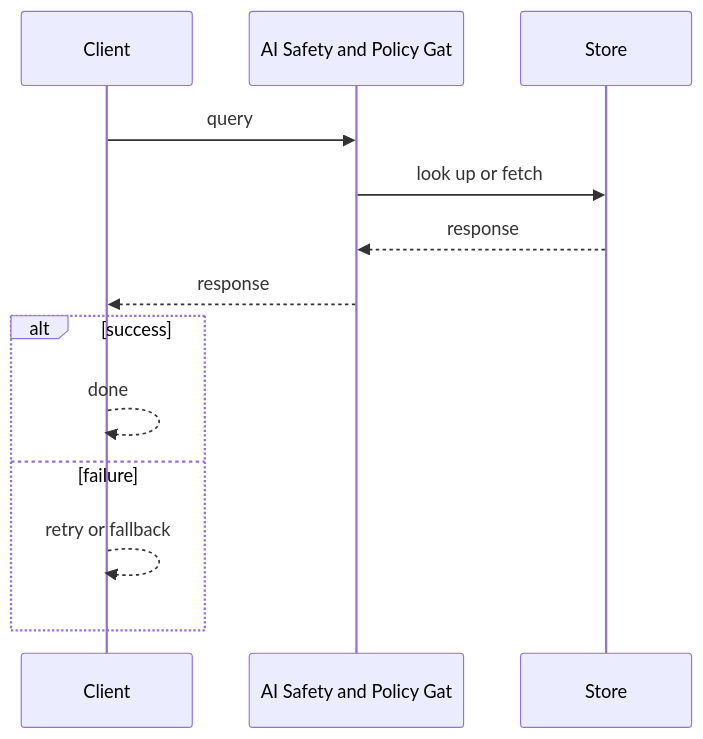
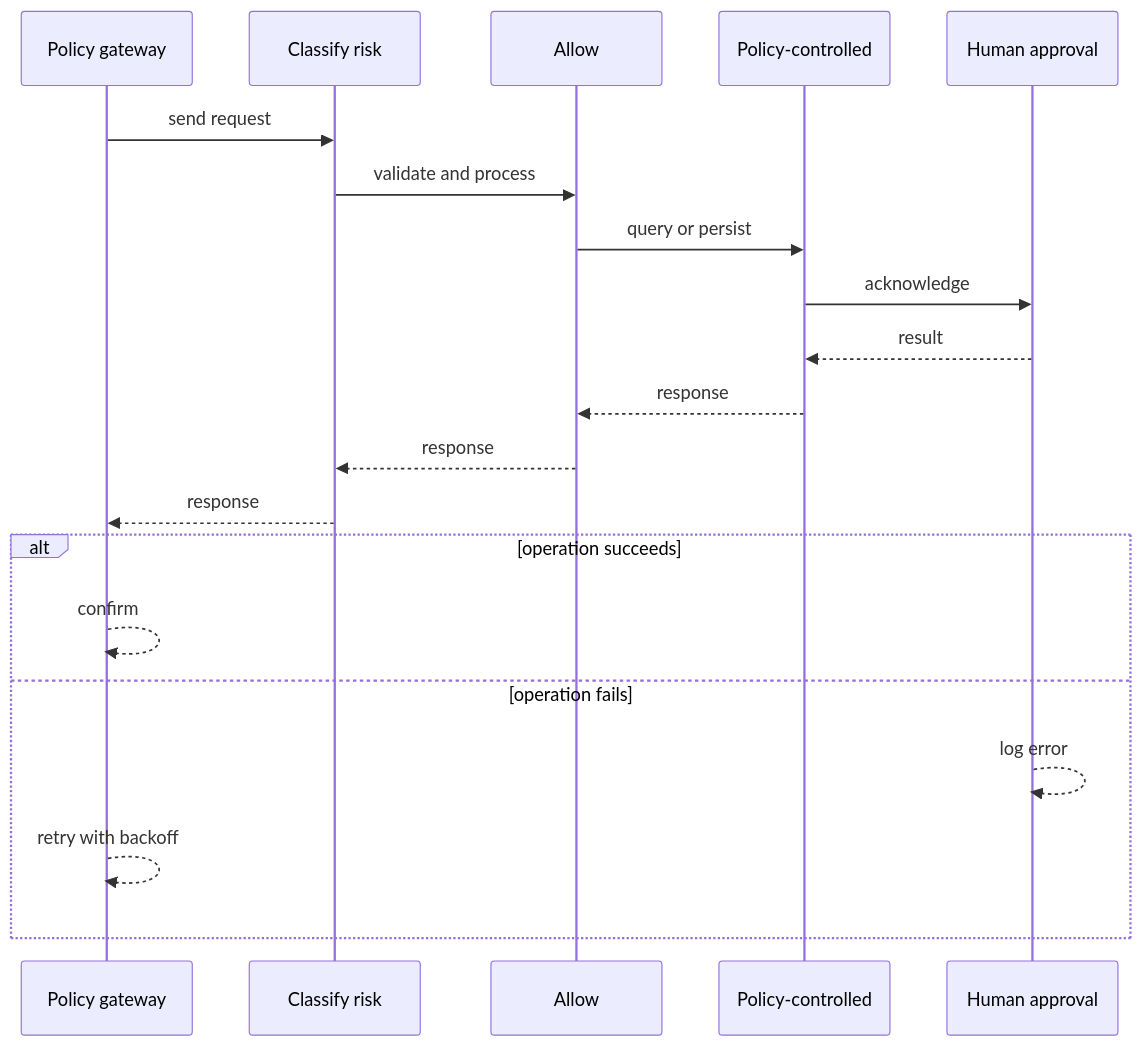
One commit to RIT-MESH/system-design-mastery changed the second of 4 diagrams in case-studies/ai-systems/ai-safety-policy-gateway.md. Above: the diagram before and after it, drawn with Mermaid. The commit also changed other lines of this file and 64 other files, not shown here.

````diff
--- a/case-studies/ai-systems/ai-safety-policy-gateway.md
+++ b/case-studies/ai-systems/ai-safety-policy-gateway.md
@@ -82,16 +69,23 @@
 ```mermaid
 %% created-for: system-design-mastery
 sequenceDiagram
-  participant P0 as Client
-  participant P1 as AI Safety and Policy Gat
-  participant P2 as Store
-  P0 ->> P1: query
-  P1 ->> P2: look up or fetch
-  P2 -->> P1: response
-  P1 -->> P0: response
-  alt success
-    P0 -->> P0: done
-  else failure
-    P0 -->> P0: retry or fallback
+  participant C0 as Policy gateway
+  participant C1 as Classify risk
+  participant C2 as Allow
+  participant C3 as Policy-controlled
+  participant C4 as Human approval
+  C0 ->> C1: send request
+  C1 ->> C2: validate and process
+  C2 ->> C3: query or persist
+  C3 ->> C4: acknowledge
+  C4 -->> C3: result
+  C3 -->> C2: response
+  C2 -->> C1: response
+  C1 -->> C0: response
+  alt operation succeeds
+    C0 -->> C0: confirm
+  else operation fails
+    C4 -->> C4: log error
+    C0 -->> C0: retry with backoff
   end
 ```
````
